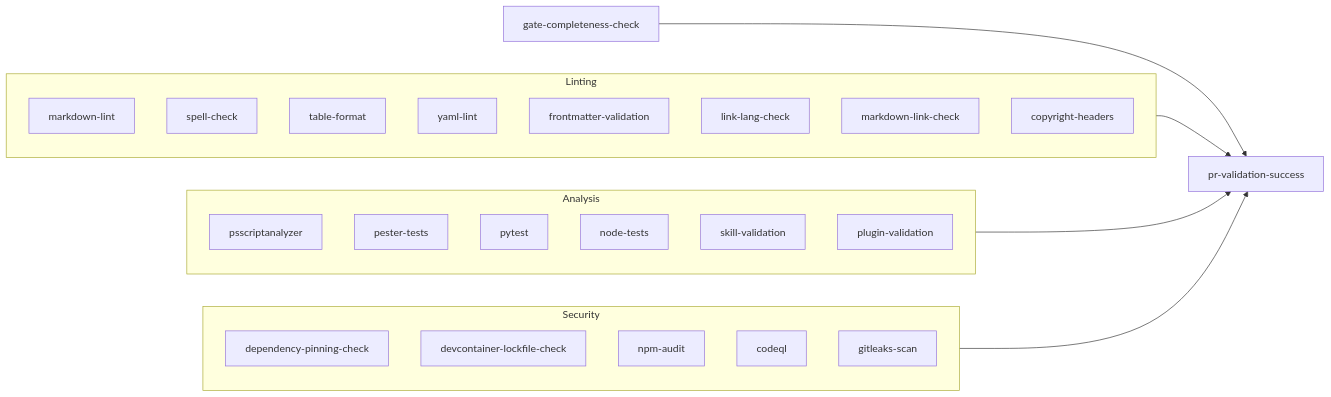
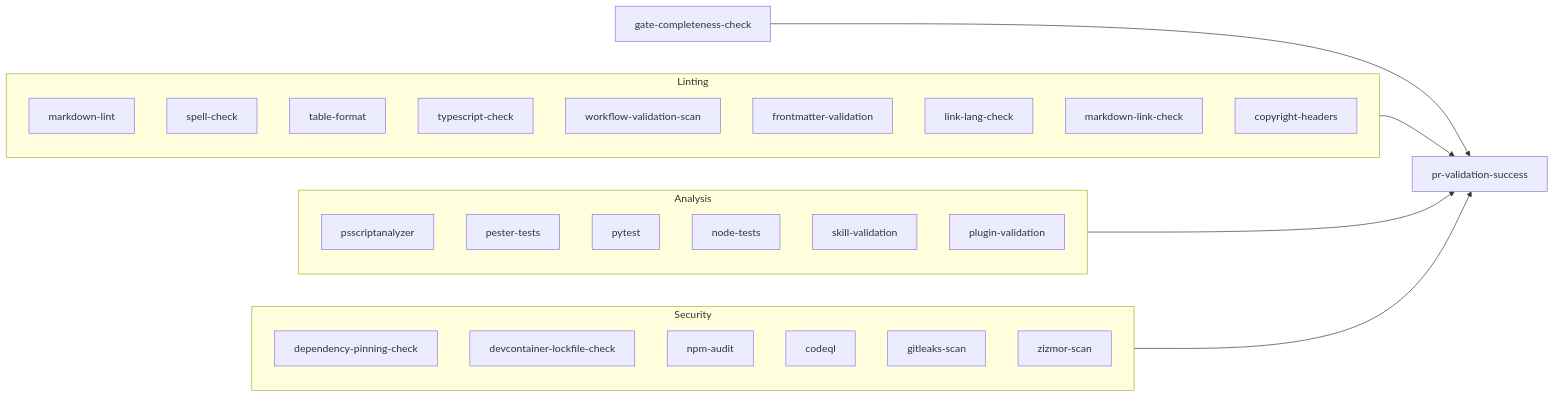
Before and after one commit to asiapartners/hve-innovation: the second of 3 diagrams in docs/architecture/workflows.md, drawn with Mermaid. The commit also changed other lines of this file and 403 other files, not shown here.

````diff
--- a/docs/architecture/workflows.md
+++ b/docs/architecture/workflows.md
@@ -154,37 +164,39 @@
 ```mermaid
 flowchart LR
     accTitle: Pull Request Validation Job Groups
     accDescr: Linting, analysis, and security validation groups run in parallel, then every job feeds the pr-validation-success aggregator gate that branch protection requires.
     subgraph "Linting"
         ML[markdown-lint]
         SC[spell-check]
         TF[table-format]
-        YL[yaml-lint]
+        TSC[typescript-check]
+        WV[workflow-validation-scan]
         FV[frontmatter-validation]
         LLC[link-lang-check]
         MLC[markdown-link-check]
         CH[copyright-headers]
     end
 
     subgraph "Analysis"
         PSA[psscriptanalyzer]
         PT[pester-tests]
         PY[pytest]
         NT[node-tests]
         SV[skill-validation]
         PV[plugin-validation]
     end
 
     subgraph "Security"
         DPC[dependency-pinning-check]
         DCL[devcontainer-lockfile-check]
         NA[npm-audit]
         CQL[codeql]
         GLS[gitleaks-scan]
+        ZZ[zizmor-scan]
     end
 
     Linting --> GATE[pr-validation-success]
     Analysis --> GATE
     Security --> GATE
     GCC[gate-completeness-check] --> GATE
 ```
````
